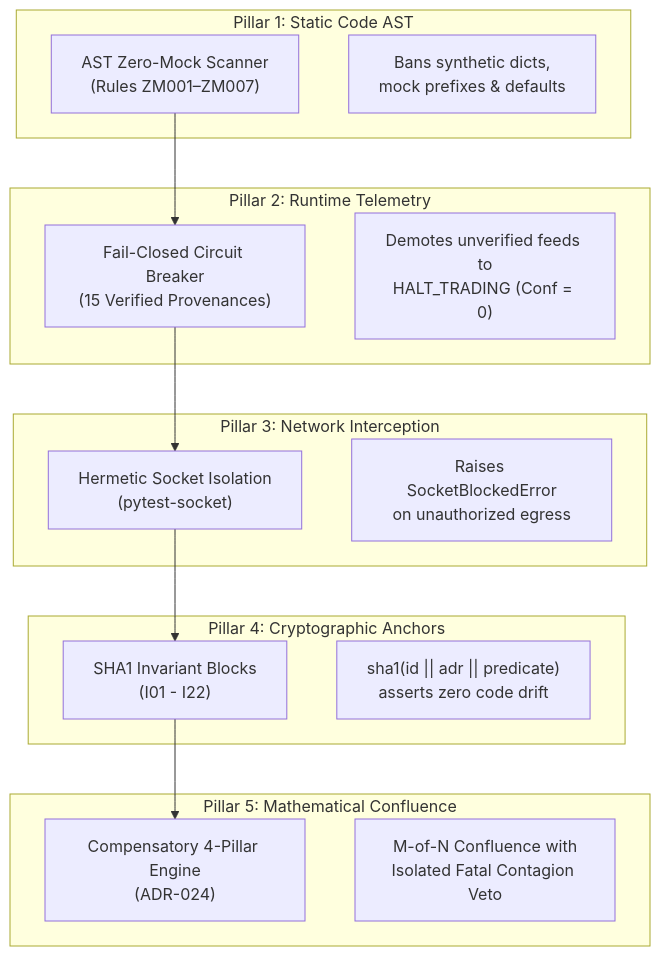
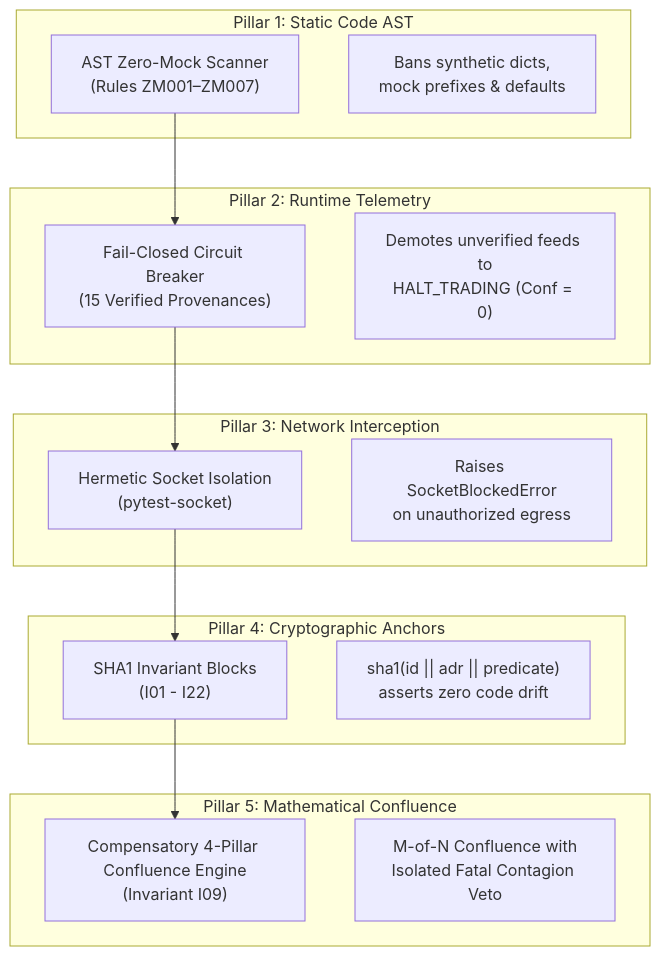
The diagram in 04_testing_and_validation/README.md (bdchang403/AI_Software_Foundations), drawn with Mermaid before and after one commit. The commit also changed other lines of this file and 41 other files, not shown here.

First line of the commit message:
feat(orchestration-and-flow): complete enterprise curriculum integration and guardrail expansion

````diff
--- a/04_testing_and_validation/README.md
+++ b/04_testing_and_validation/README.md
@@ -30,32 +30,32 @@
 ```mermaid
 flowchart TD
     subgraph P1["Pillar 1: Static Code AST"]
         ZM["AST Zero-Mock Scanner<br/>(Rules ZM001–ZM007)"]
         NoMock["Bans synthetic dicts,<br/>mock prefixes & defaults"]
     end
 
     subgraph P2["Pillar 2: Runtime Telemetry"]
         CB["Fail-Closed Circuit Breaker<br/>(15 Verified Provenances)"]
         Halt["Demotes unverified feeds to<br/>HALT_TRADING (Conf = 0)"]
     end
 
     subgraph P3["Pillar 3: Network Interception"]
         Sock["Hermetic Socket Isolation<br/>(pytest-socket)"]
         Block["Raises SocketBlockedError<br/>on unauthorized egress"]
     end
 
     subgraph P4["Pillar 4: Cryptographic Anchors"]
         Anch["SHA1 Invariant Blocks<br/>(I01 - I22)"]
         Hash["sha1(id || adr || predicate)<br/>asserts zero code drift"]
     end
 
     subgraph P5["Pillar 5: Mathematical Confluence"]
-        Conf["Compensatory 4-Pillar Engine<br/>(ADR-024)"]
+        Conf["Compensatory 4-Pillar Confluence Engine<br/>(Invariant I09)"]
         Veto["M-of-N Confluence with<br/>Isolated Fatal Contagion Veto"]
     end
 
     ZM --> CB
     CB --> Sock
     Sock --> Anch
     Anch --> Conf
 ```
````
